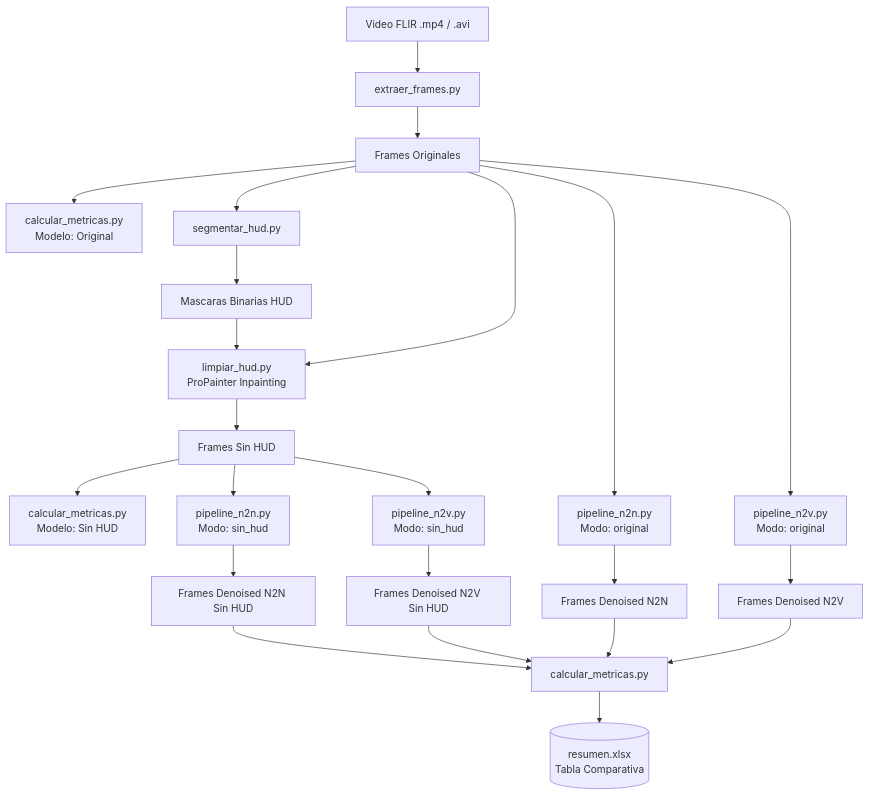
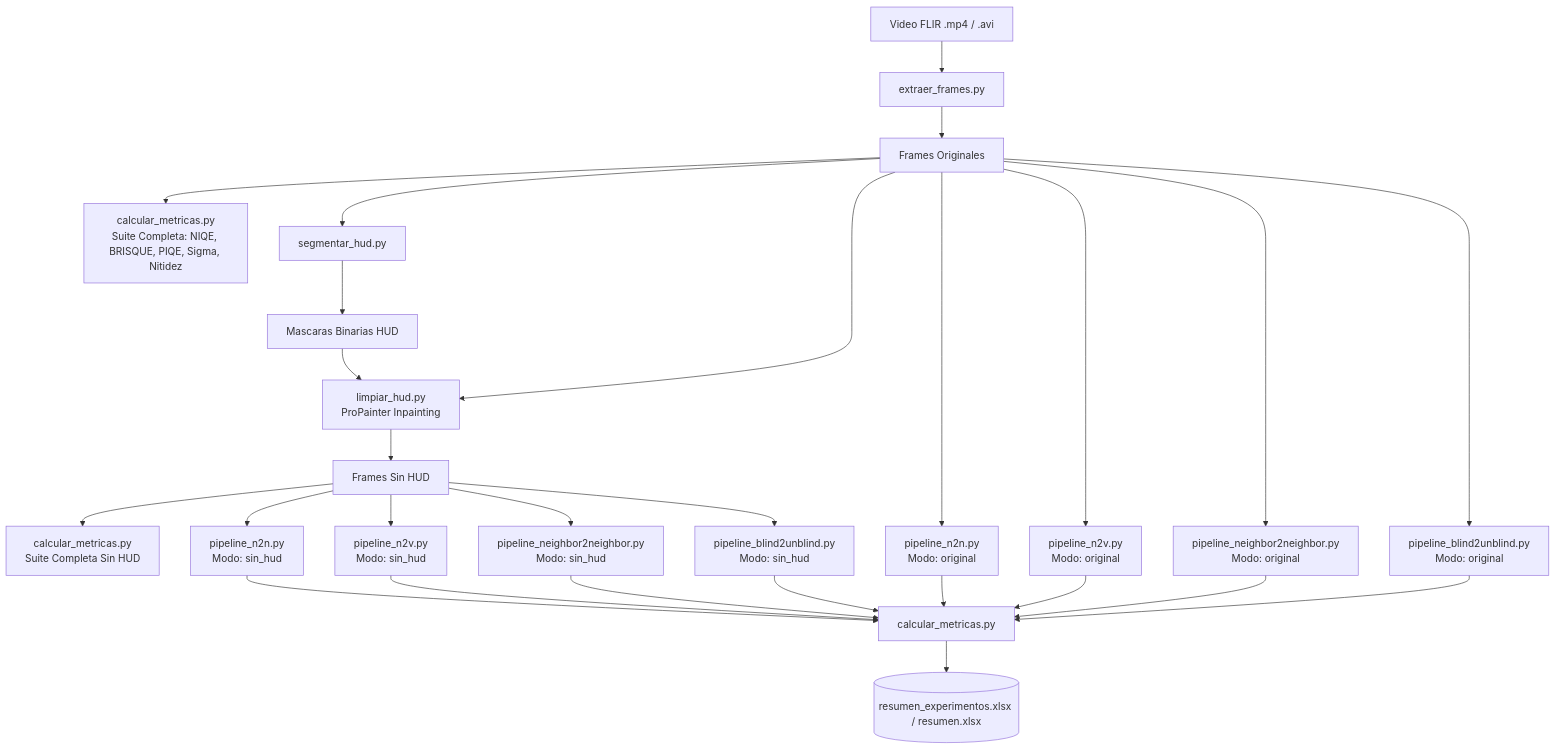
Before and after one commit to Laura-Martinez-Galindo/proyecto-FAC: the diagram in README.md, drawn with Mermaid. The commit also changed other lines of this file and 6 other files, not shown here.

````diff
--- a/README.md
+++ b/README.md
@@ -38,28 +40,26 @@
 ```mermaid
 flowchart TD
     A[Video FLIR .mp4 / .avi] --> B[extraer_frames.py]
     B --> C[Frames Originales]
-    C --> D1[calcular_metricas.py\nModelo: Original]
+    
+    C --> D1[calcular_metricas.py\nSuite Completa: NIQE, BRISQUE, PIQE, Sigma, Nitidez]
     C --> E[segmentar_hud.py]
     E --> F[Mascaras Binarias HUD]
     C --> G[limpiar_hud.py\nProPainter Inpainting]
     F --> G
     G --> H[Frames Sin HUD]
-    H --> D2[calcular_metricas.py\nModelo: Sin HUD]
+    H --> D2[calcular_metricas.py\nSuite Completa Sin HUD]
     
     C --> I1[pipeline_n2n.py\nModo: original]
     C --> I2[pipeline_n2v.py\nModo: original]
+    C --> I3[pipeline_neighbor2neighbor.py\nModo: original]
+    C --> I4[pipeline_blind2unblind.py\nModo: original]
+    
     H --> J1[pipeline_n2n.py\nModo: sin_hud]
     H --> J2[pipeline_n2v.py\nModo: sin_hud]
+    H --> J3[pipeline_neighbor2neighbor.py\nModo: sin_hud]
+    H --> J4[pipeline_blind2unblind.py\nModo: sin_hud]
     
-    I1 --> K[Frames Denoised N2N]
-    I2 --> L[Frames Denoised N2V]
-    J1 --> M[Frames Denoised N2N Sin HUD]
-    J2 --> N[Frames Denoised N2V Sin HUD]
-    
-    K --> O[calcular_metricas.py]
-    L --> O
-    M --> O
-    N --> O
-    O --> P[(resumen.xlsx\nTabla Comparativa)]
+    I1 & I2 & I3 & I4 & J1 & J2 & J3 & J4 --> K[calcular_metricas.py]
+    K --> L[(resumen_experimentos.xlsx / resumen.xlsx)]
 ```
````
